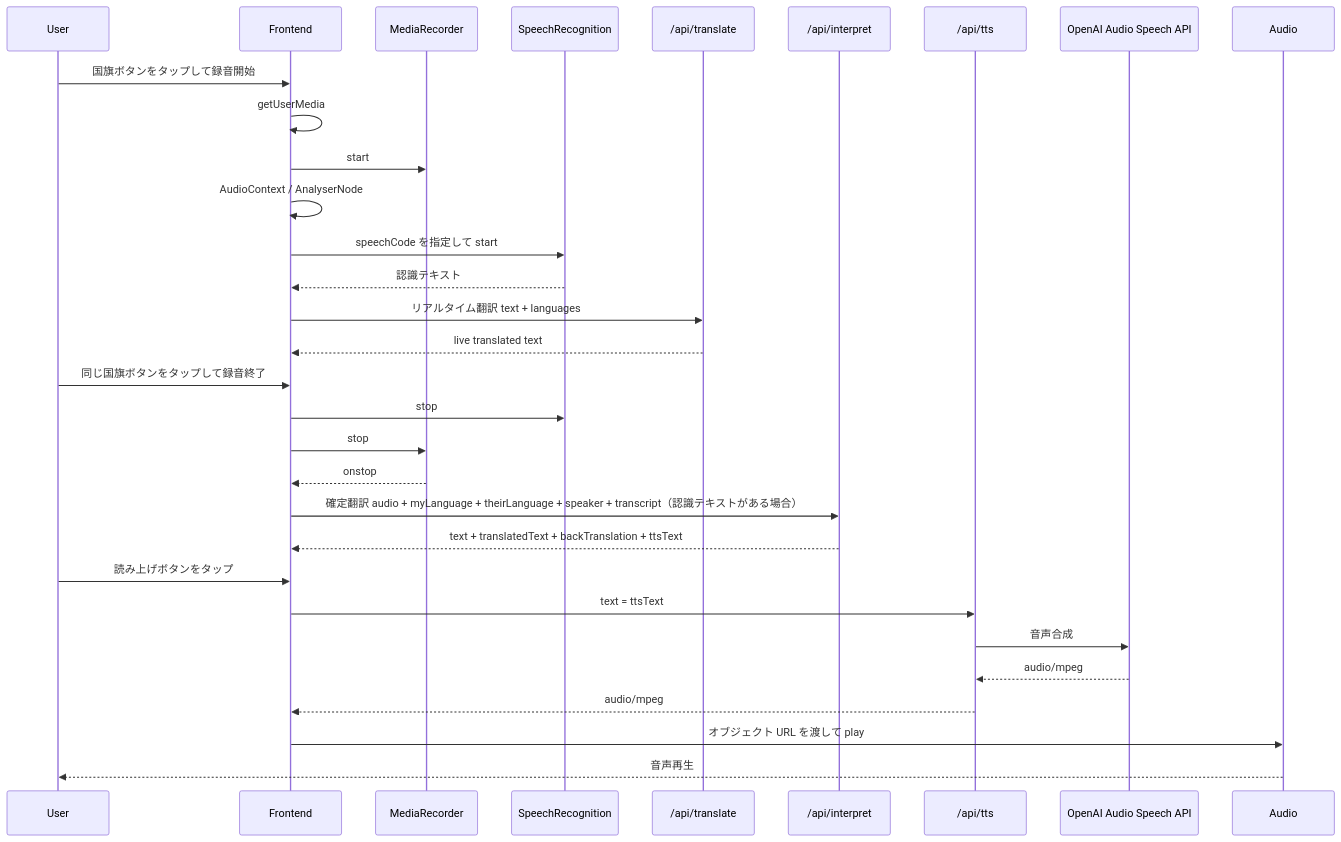
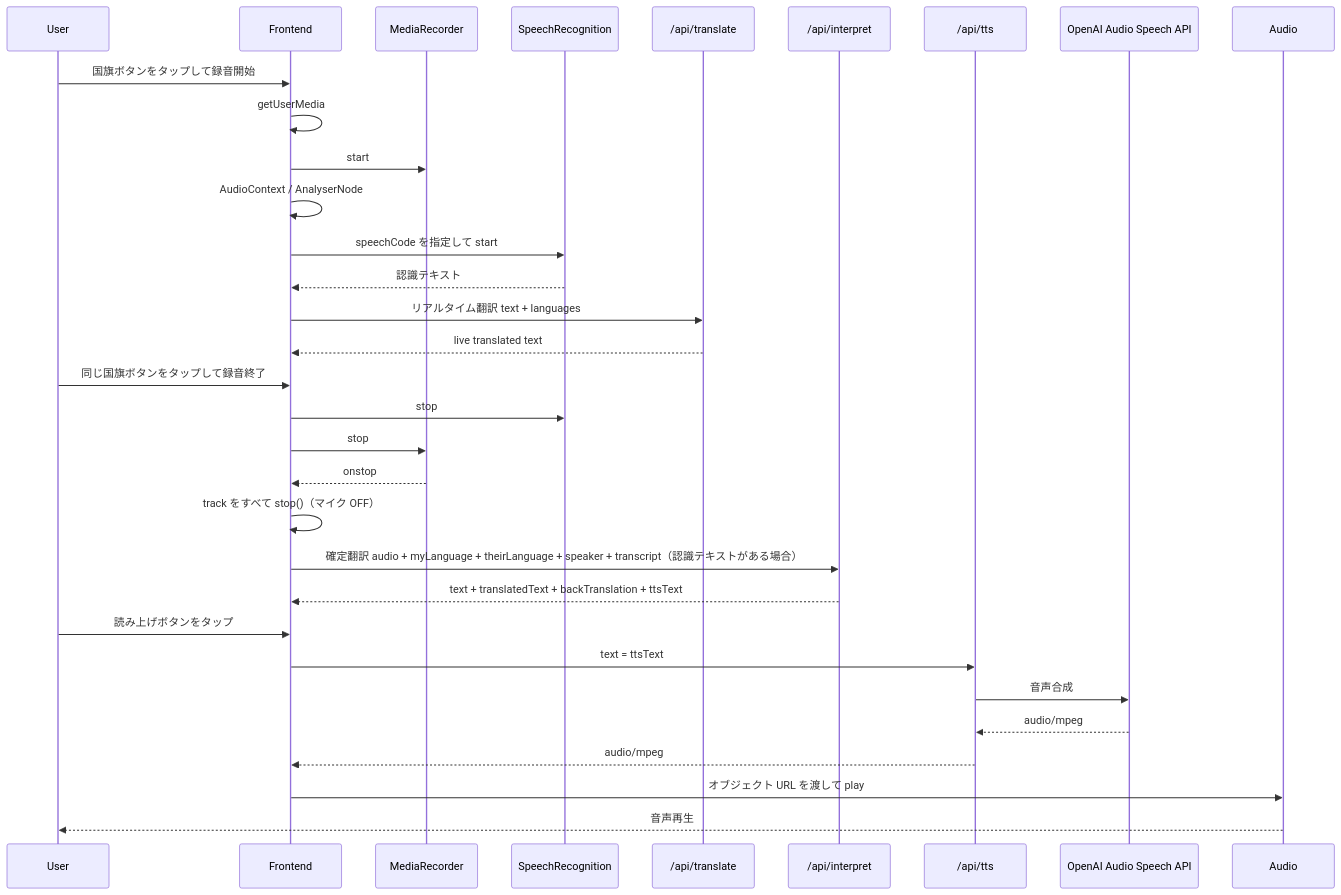
Before and after one commit to shin-arita/gotalk: the first of 2 diagrams in docs/speech-flow.md, drawn with Mermaid. The commit also changed other lines of this file and 12 other files, not shown here.

````diff
--- a/docs/speech-flow.md
+++ b/docs/speech-flow.md
@@ -21,34 +21,35 @@
 ```mermaid
 sequenceDiagram
   participant User as User
   participant FE as Frontend
   participant MR as MediaRecorder
   participant SR as SpeechRecognition
   participant TR as /api/translate
   participant IN as /api/interpret
   participant TTSAPI as /api/tts
   participant Speech as OpenAI Audio Speech API
   participant Audio as Audio
 
   User->>FE: 国旗ボタンをタップして録音開始
   FE->>FE: getUserMedia
   FE->>MR: start
   FE->>FE: AudioContext / AnalyserNode
   FE->>SR: speechCode を指定して start
   SR-->>FE: 認識テキスト
   FE->>TR: リアルタイム翻訳 text + languages
   TR-->>FE: live translated text
   User->>FE: 同じ国旗ボタンをタップして録音終了
   FE->>SR: stop
   FE->>MR: stop
   MR-->>FE: onstop
+  FE->>FE: track をすべて stop()（マイク OFF）
   FE->>IN: 確定翻訳 audio + myLanguage + theirLanguage + speaker + transcript（認識テキストがある場合）
   IN-->>FE: text + translatedText + backTranslation + ttsText
   User->>FE: 読み上げボタンをタップ
   FE->>TTSAPI: text = ttsText
   TTSAPI->>Speech: 音声合成
   Speech-->>TTSAPI: audio/mpeg
   TTSAPI-->>FE: audio/mpeg
   FE->>Audio: オブジェクト URL を渡して play
   Audio-->>User: 音声再生
 ```
````
